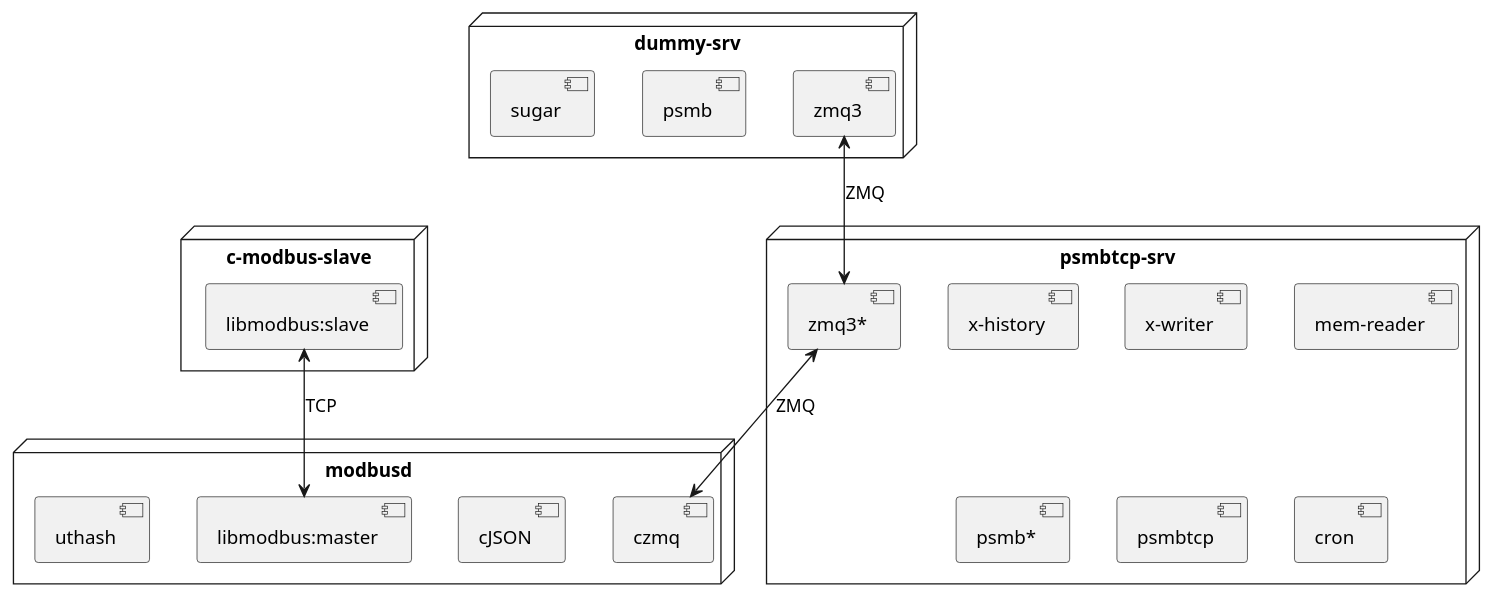
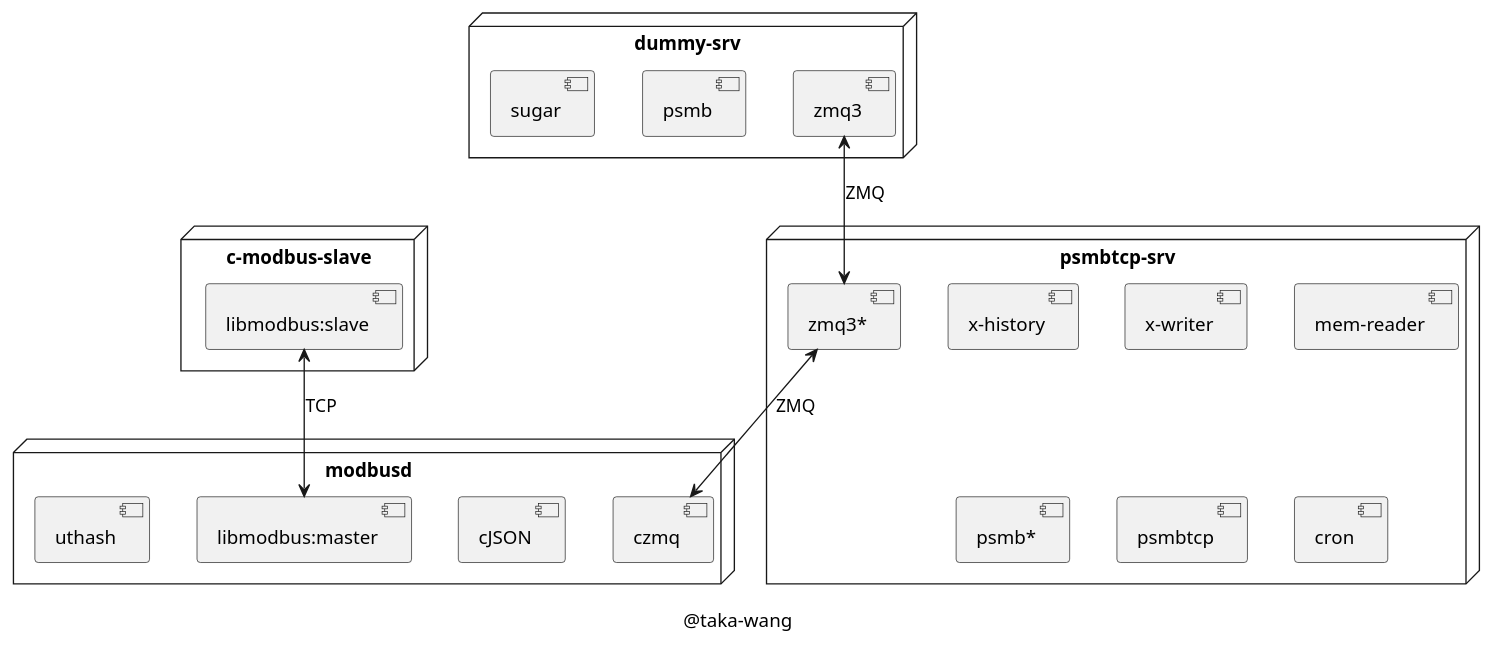
Before and after one commit to taka-wang/puml: the diagram in deployment/psmb.puml, drawn with PlantUML. The commit also changed 2 other files, not shown here.

Commit message:
add caption

```diff
--- a/deployment/psmb.puml
+++ b/deployment/psmb.puml
@@ -1,36 +1,38 @@
 @startuml
 
 node dummy-srv{
     [zmq3]
     [psmb]
 	[sugar]
 }
 
 node psmbtcp-srv{
     [zmq3*]
 	[x-history]
     [x-writer]
     [mem-reader]
     [psmb*]
     [psmbtcp]
 	[cron]
 }
 
 node modbusd {
 	[libmodbus:master]
 	[cJSON]
     [czmq]
 	[uthash]
 }
 
 node c-modbus-slave{
 	[libmodbus:slave]
 }
 
 'left to right direction
 
 [zmq3] <--> [zmq3*]: ZMQ
 [zmq3*] <--> [czmq]: ZMQ
 [libmodbus:slave]<-->[libmodbus:master]  : TCP
 
+caption @taka-wang
+
 @enduml
```
